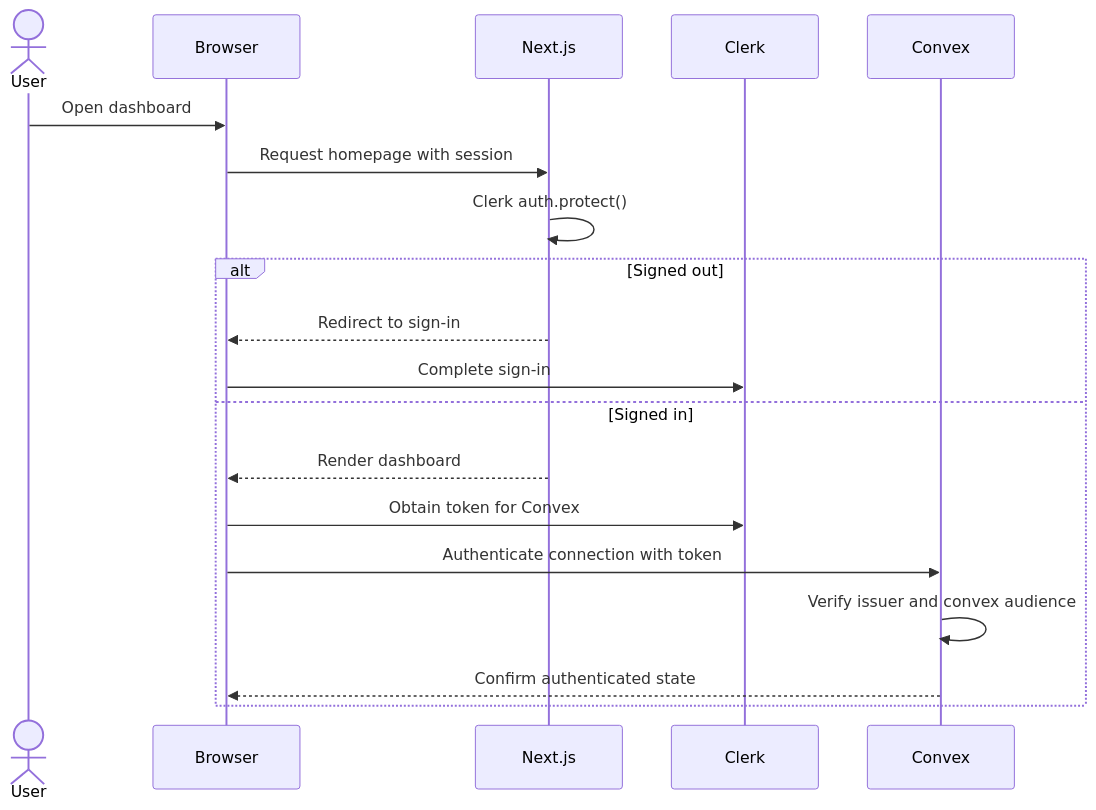
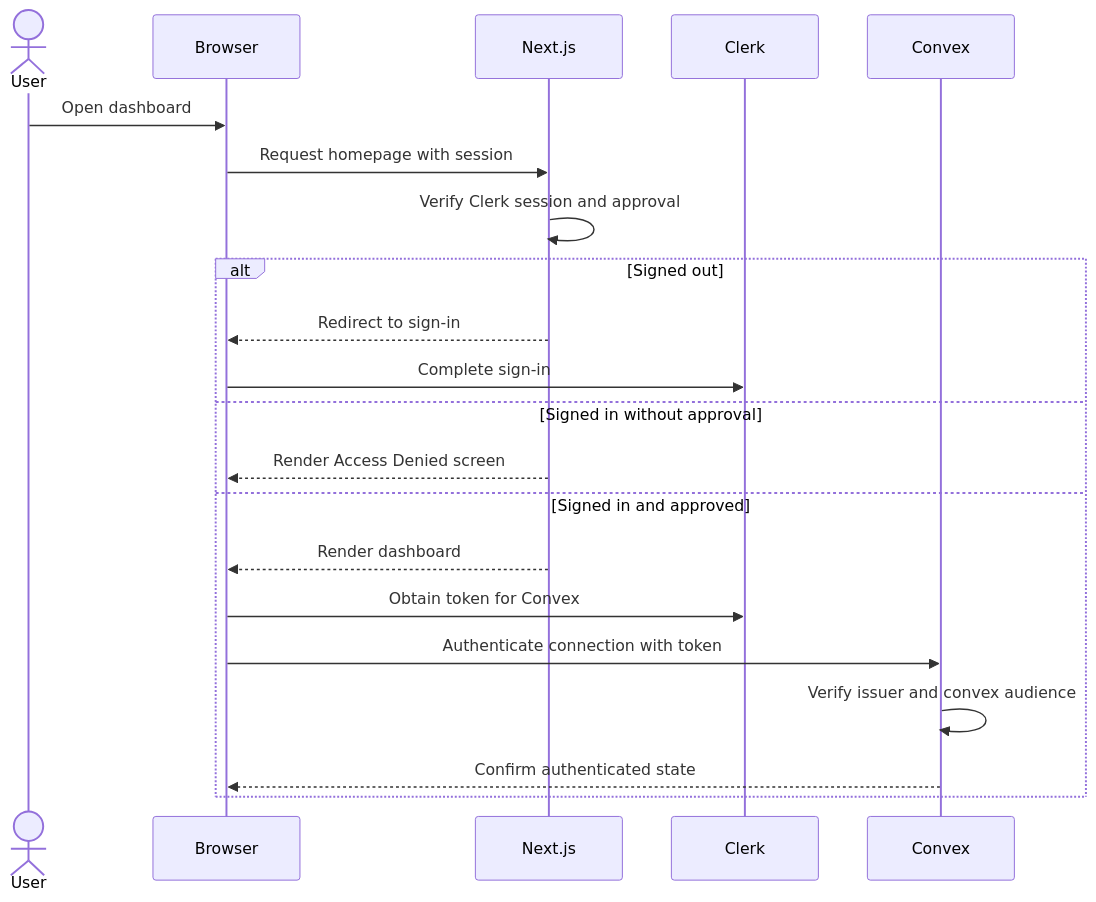
The third of 6 diagrams in docs/PROJECT_GUIDE.md (pua-jeanne/salesforce-lead-hub), drawn with Mermaid before and after one commit. The commit also changed other lines of this file, not shown here.

````diff
--- a/docs/PROJECT_GUIDE.md
+++ b/docs/PROJECT_GUIDE.md
@@ -110,21 +110,23 @@
 ```mermaid
 sequenceDiagram
     actor User
     participant Browser
     participant Next as Next.js
     participant Clerk
     participant Convex
     User->>Browser: Open dashboard
     Browser->>Next: Request homepage with session
-    Next->>Next: Clerk auth.protect()
+    Next->>Next: Verify Clerk session and approval
     alt Signed out
         Next-->>Browser: Redirect to sign-in
         Browser->>Clerk: Complete sign-in
-    else Signed in
+    else Signed in without approval
+        Next-->>Browser: Render Access Denied screen
+    else Signed in and approved
         Next-->>Browser: Render dashboard
         Browser->>Clerk: Obtain token for Convex
         Browser->>Convex: Authenticate connection with token
         Convex->>Convex: Verify issuer and convex audience
         Convex-->>Browser: Confirm authenticated state
     end
 ```
````
